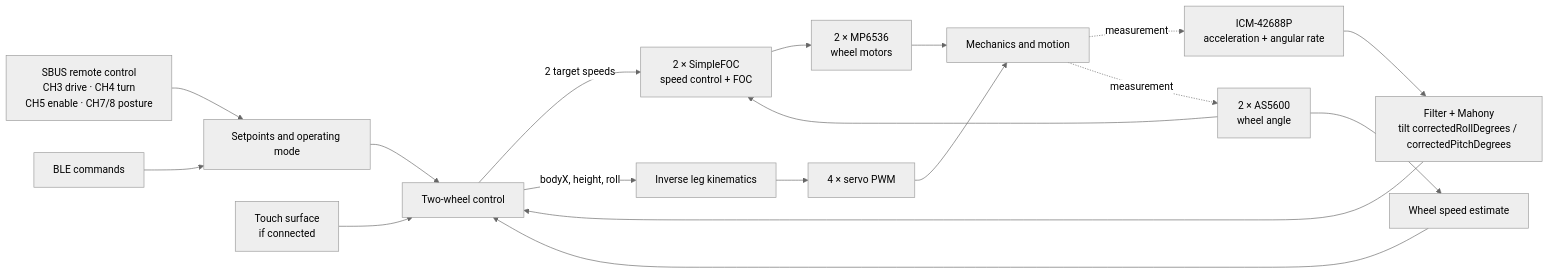
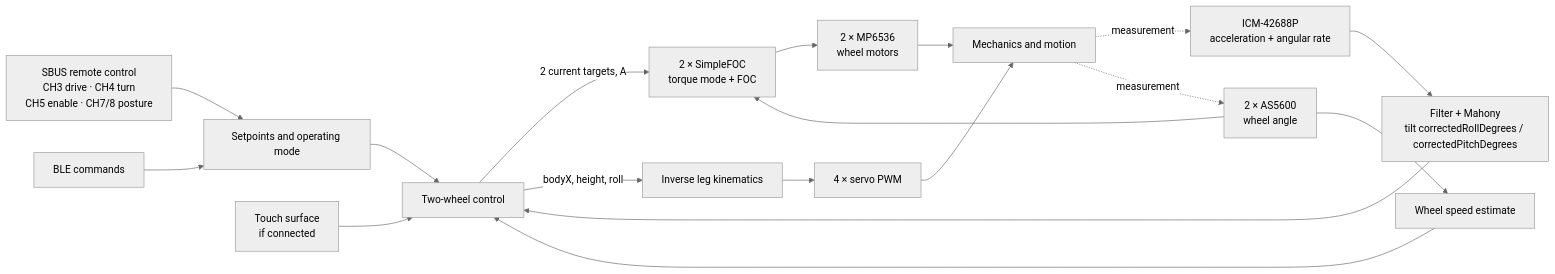
Before and after one commit to nikolasvoss/Navbot-ES02: the diagram in docs/robot/software/control-flow.md, drawn with Mermaid (neutral theme). The commit also changed other lines of this file and 3 other files, not shown here.

````diff
--- a/docs/robot/software/control-flow.md
+++ b/docs/robot/software/control-flow.md
@@ -13,20 +13,20 @@
 ```mermaid
 flowchart LR
     RC[SBUS remote control<br/>CH3 drive · CH4 turn<br/>CH5 enable · CH7/8 posture] --> CMD[Setpoints and operating mode]
     BLE[BLE commands] --> CMD
     IMU[ICM-42688P<br/>acceleration + angular rate] --> MAH[Filter + Mahony<br/>tilt correctedRollDegrees / correctedPitchDegrees]
     ENC[2 × AS5600<br/>wheel angle] --> VEL[Wheel speed estimate]
     CMD --> CTRL[Two-wheel control]
     MAH --> CTRL
     VEL --> CTRL
     TOUCH[Touch surface<br/>if connected] --> CTRL
-    CTRL -->|2 target speeds| FOC[2 × SimpleFOC<br/>speed control + FOC]
+    CTRL -->|2 current targets, A| FOC[2 × SimpleFOC<br/>torque mode + FOC]
     ENC --> FOC
     FOC --> DRV[2 × MP6536<br/>wheel motors]
     CTRL -->|bodyX, height, roll| IK[Inverse leg kinematics]
     IK --> SERVO[4 × servo PWM]
     DRV --> ROBOT[Mechanics and motion]
     SERVO --> ROBOT
     ROBOT -. measurement .-> IMU
     ROBOT -. measurement .-> ENC
 ```
````
